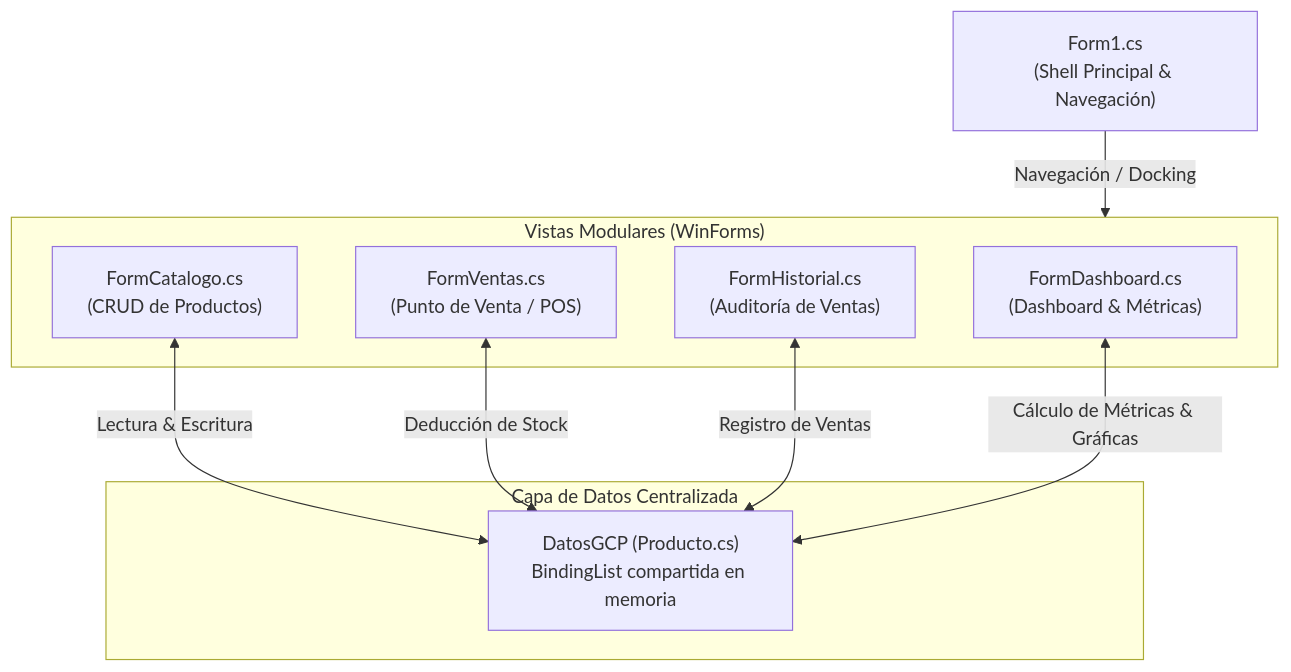
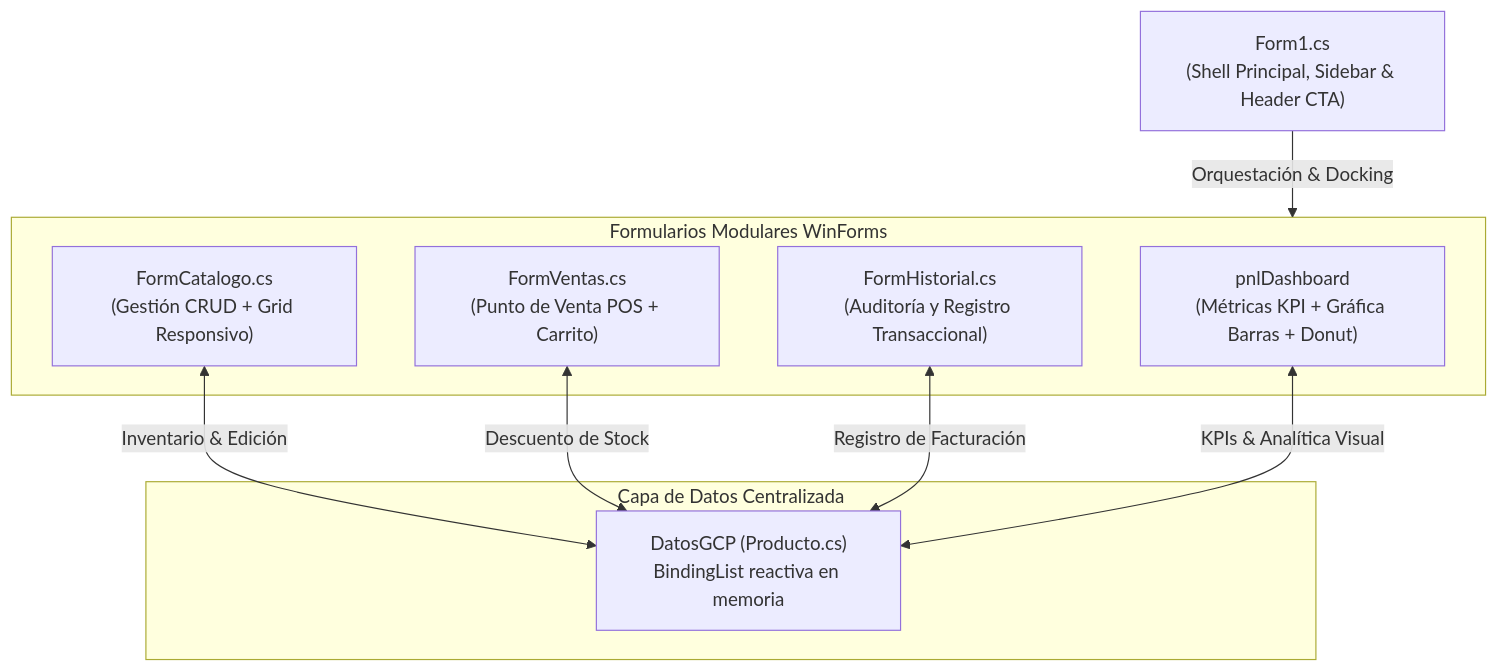
The diagram in README.md (Jhonmoreno000/GCP-GESTION-DE-PRODUCTOS-), drawn with Mermaid before and after one commit. The commit also changed other lines of this file, not shown here.

````diff
--- a/README.md
+++ b/README.md
@@ -73,21 +103,21 @@
 ```mermaid
 flowchart TD
-    Shell["Form1.cs\n(Shell Principal & Navegación)"]
+    Shell["Form1.cs\n(Shell Principal, Sidebar & Header CTA)"]
     
-    subgraph Modulos ["Vistas Modulares (WinForms)"]
-        Dash["FormDashboard.cs\n(Dashboard & Métricas)"]
-        Cat["FormCatalogo.cs\n(CRUD de Productos)"]
-        Ventas["FormVentas.cs\n(Punto de Venta / POS)"]
-        Hist["FormHistorial.cs\n(Auditoría de Ventas)"]
+    subgraph Vistas ["Formularios Modulares WinForms"]
+        Dash["pnlDashboard\n(Métricas KPI + Gráfica Barras + Donut)"]
+        Cat["FormCatalogo.cs\n(Gestión CRUD + Grid Responsivo)"]
+        Ventas["FormVentas.cs\n(Punto de Venta POS + Carrito)"]
+        Hist["FormHistorial.cs\n(Auditoría y Registro Transaccional)"]
     end
     
     subgraph DataLayer ["Capa de Datos Centralizada"]
-        Datos["DatosGCP (Producto.cs)\nBindingList compartida en memoria"]
+        Datos["DatosGCP (Producto.cs)\nBindingList reactiva en memoria"]
     end
     
-    Shell -->|Navegación / Docking| Modulos
-    Cat <-->|Lectura & Escritura| Datos
-    Ventas <-->|Deducción de Stock| Datos
-    Hist <-->|Registro de Ventas| Datos
-    Dash <-->|Cálculo de Métricas & Gráficas| Datos
+    Shell -->|Orquestación & Docking| Vistas
+    Cat <-->|Inventario & Edición| Datos
+    Ventas <-->|Descuento de Stock| Datos
+    Hist <-->|Registro de Facturación| Datos
+    Dash <-->|KPIs & Analítica Visual| Datos
 ```
````
